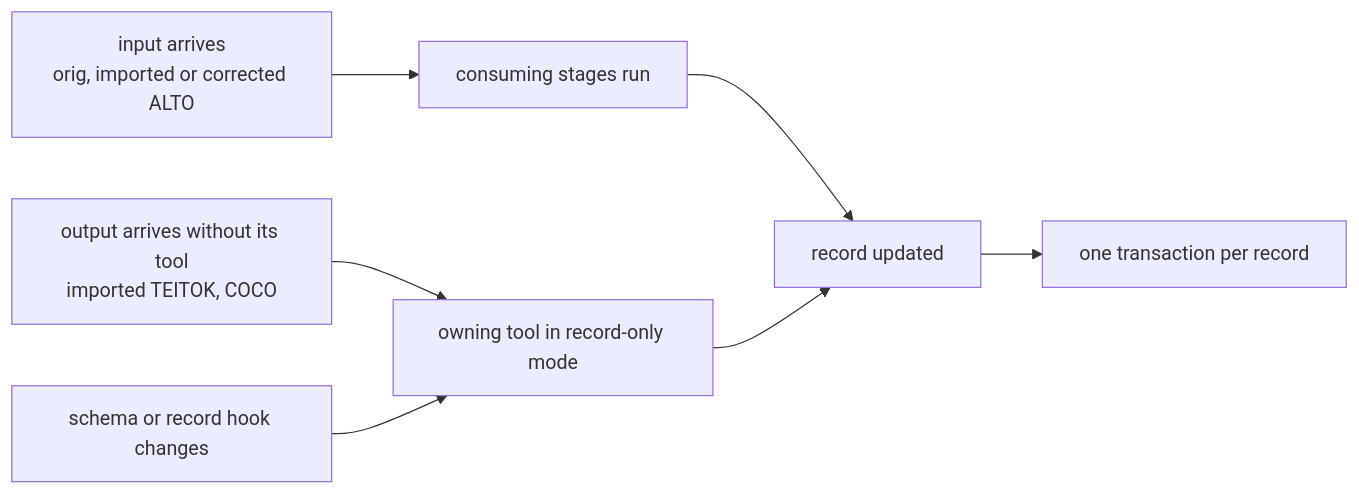
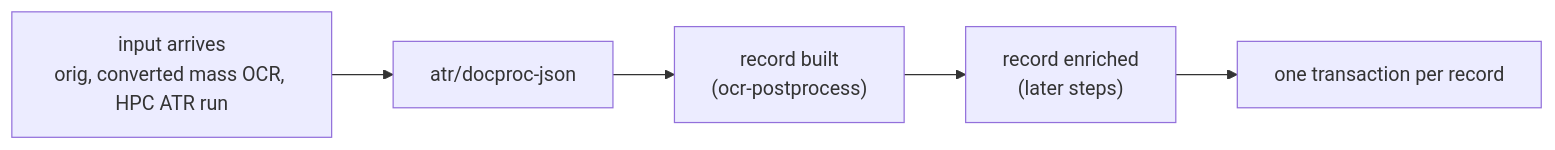
The third of 5 diagrams in docs/source/06_funkcionalita/ukladani_souboru.rst (ARUP-CAS/aiscr-webamcr), drawn with Mermaid before and after one commit. The commit also changed other lines of this file, not shown here.

Commit message:
[docs] Kontrakt ukládání: dvě úrovně výstupů ATRIUM, bez ALTO (#2590)

```diff
--- a/docs/source/06_funkcionalita/ukladani_souboru.rst
+++ b/docs/source/06_funkcionalita/ukladani_souboru.rst
@@ -451,10 +505,8 @@
 .. mermaid::
    :align: center
 
    flowchart LR
-       IN["input arrives<br/>orig, imported or corrected ALTO"] --> ST["consuming stages run"]
-       OUT["output arrives without its tool<br/>imported TEITOK, COCO"] --> RO["owning tool in record-only mode"]
-       MIG["schema or record hook changes"] --> RO
-       ST --> R["record updated"]
-       RO --> R
-       R --> W["one transaction per record"]
+       IN["input arrives<br/>orig, converted mass OCR, HPC ATR run"] --> L["atr/docproc-json"]
+       L --> B["record built<br/>(ocr-postprocess)"]
+       B --> E["record enriched<br/>(later steps)"]
+       E --> W["one transaction per record"]
```
